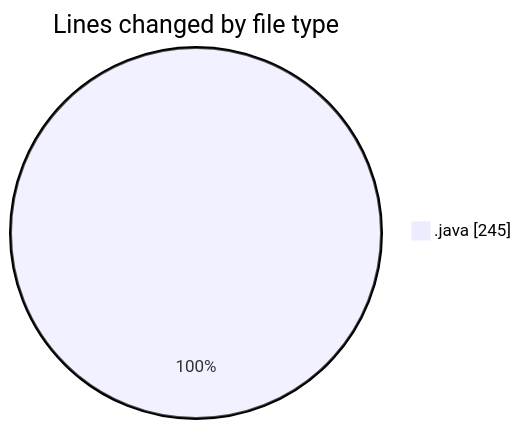
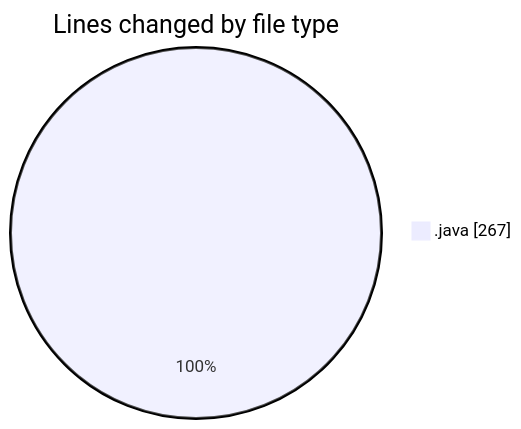
One commit to NitaiMahat/code-tracking changed the first of 2 diagrams in 2025-03-08/computer_202/README.md. Above: the diagram before and after it, drawn with Mermaid. The commit also changed other lines of this file and 1 other file, not shown here.

````diff
--- a/2025-03-08/computer_202/README.md
+++ b/2025-03-08/computer_202/README.md
@@ -25,5 +26,5 @@
 ```mermaid
 pie showData
 title Lines changed by file type
-".java" : 245
+".java" : 267
 ```
````
